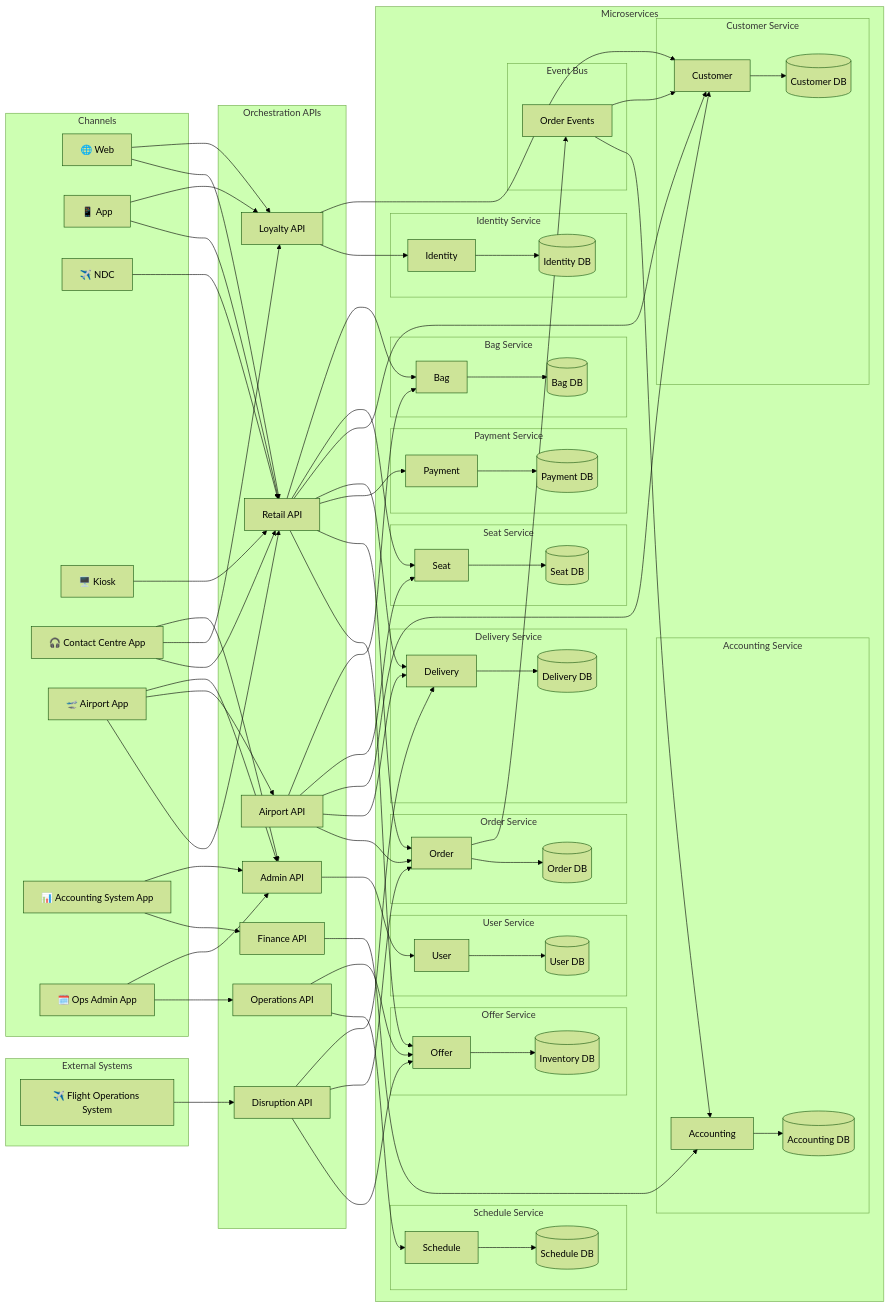
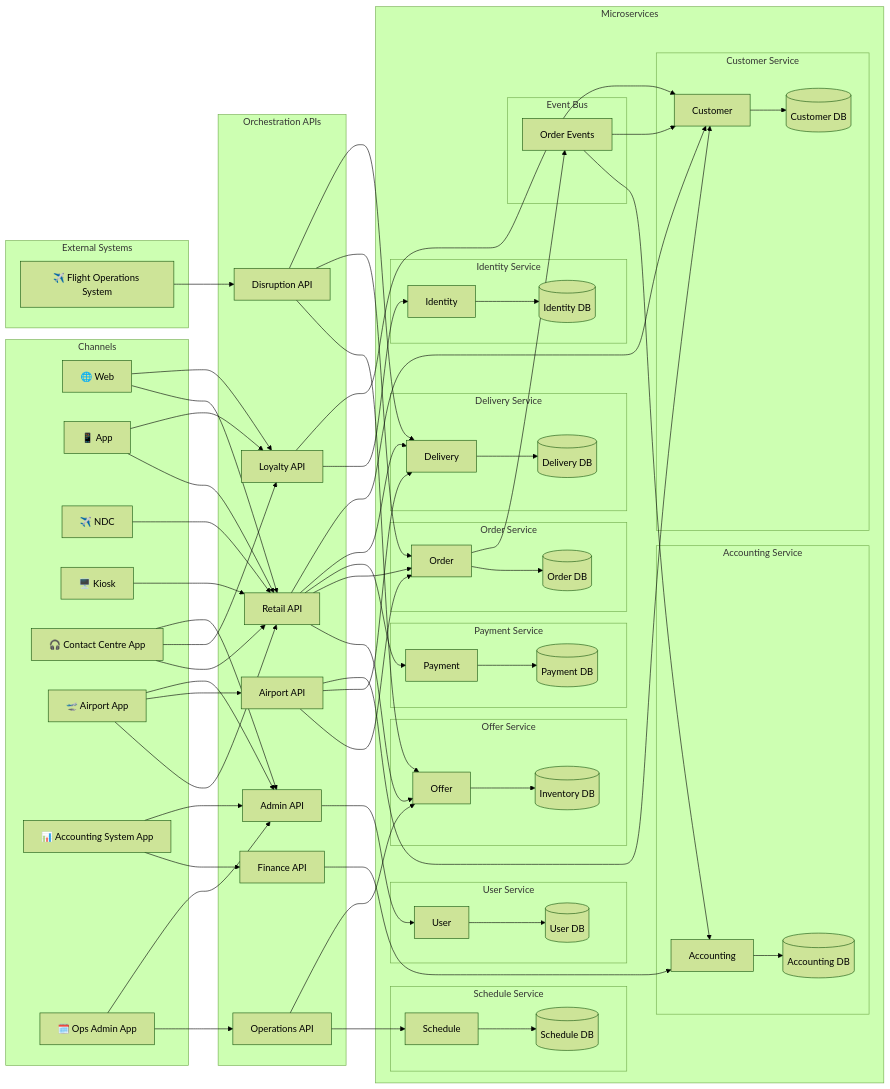
The diagram in documentation/system-overview.md (sebharvey/airline-reservation-system), drawn with Mermaid (forest theme) before and after one commit. The commit also changed other lines of this file and 116 other files, not shown here.

First line of the commit message:
Remove Bag and Seat microservices, replaced by Ancillary MS

```diff
--- a/documentation/system-overview.md
+++ b/documentation/system-overview.md
@@ -147,16 +139,6 @@
             ACCOUNTING_DB[(Accounting DB)]
         end
 
-        subgraph SEAT_SVC["Seat Service"]
-            SEAT[Seat]
-            SEAT_DB[(Seat DB)]
-        end
-
-        subgraph BAG_SVC["Bag Service"]
-            BAG[Bag]
-            BAG_DB[(Bag DB)]
-        end
-
         subgraph SCHEDULE_SVC["Schedule Service"]
             SCHEDULE[Schedule]
             SCHEDULE_DB[(Schedule DB)]
@@ -185,9 +167,9 @@
     CC & AIRPORT & ACCT_CH & OPS_APP --> ADMIN_API
 
     %% Orchestration → Microservices
-    RETAIL_API --> OFFER & ORDER & PAYMENT & DELIVERY & CUSTOMER & SEAT & BAG
+    RETAIL_API --> OFFER & ORDER & PAYMENT & DELIVERY & CUSTOMER
     LOYALTY_API --> IDENTITY & CUSTOMER
-    AIRPORT_API --> ORDER & DELIVERY & CUSTOMER & SEAT & BAG
+    AIRPORT_API --> ORDER & DELIVERY & CUSTOMER
     FINANCE_API --> ACCOUNTING
     DISRUPTION_API --> OFFER & ORDER & DELIVERY
     OPERATIONS_API --> SCHEDULE & OFFER
@@ -201,8 +183,6 @@
     DELIVERY --> DELIVERY_DB
     CUSTOMER --> CUSTOMER_DB
     ACCOUNTING --> ACCOUNTING_DB
-    SEAT --> SEAT_DB
-    BAG --> BAG_DB
     SCHEDULE --> SCHEDULE_DB
     USER --> USER_DB
 
```
